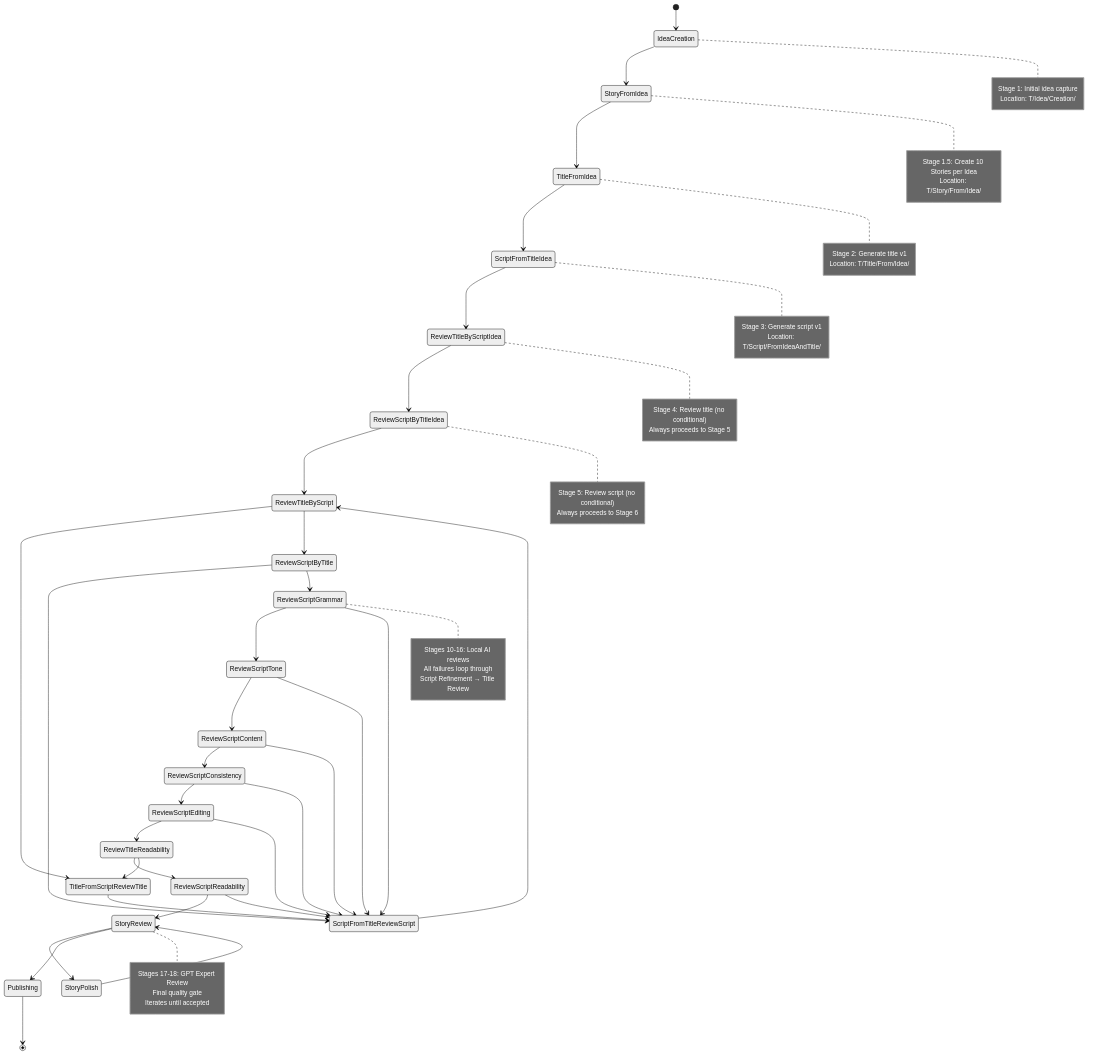
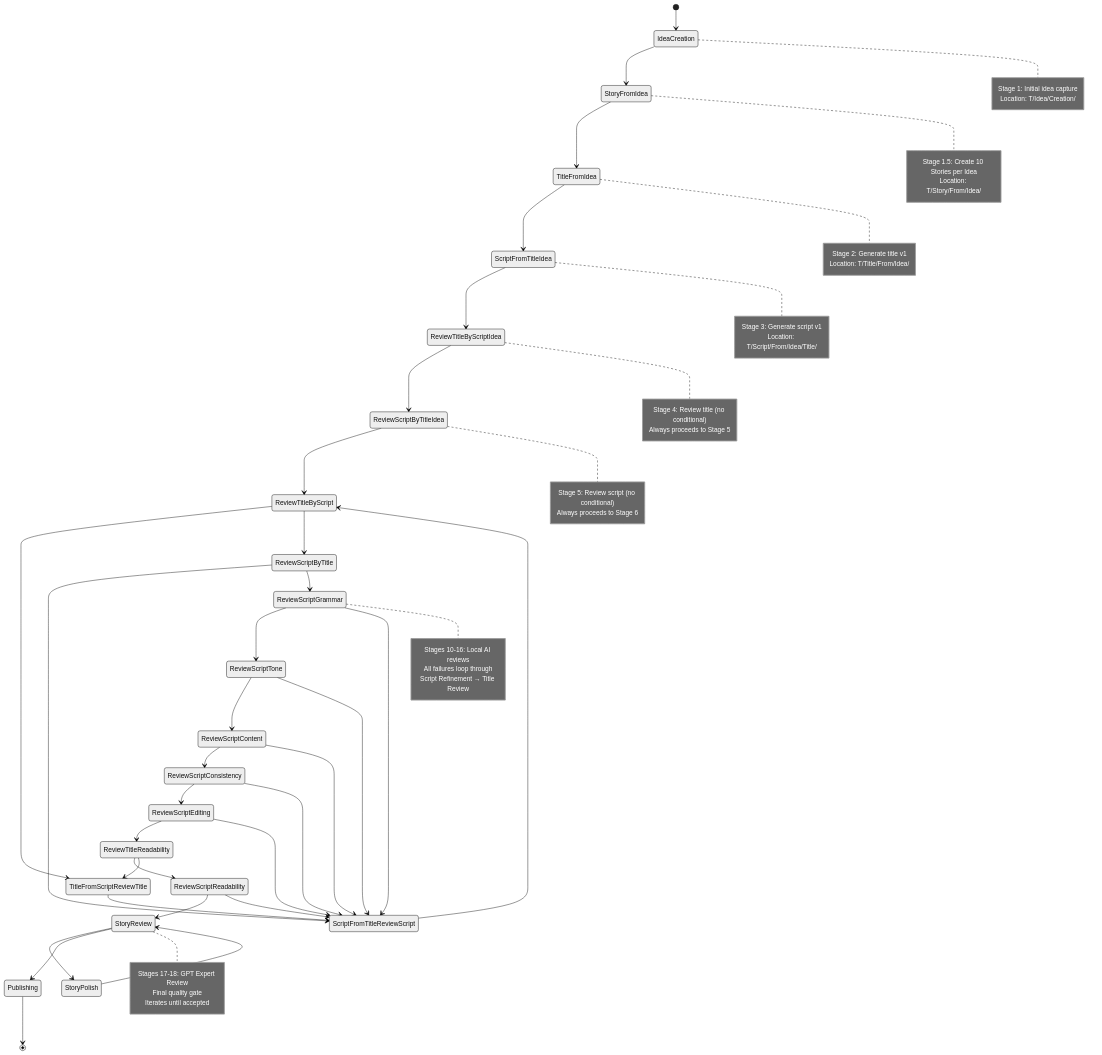
Before and after one commit to Nomoos/PrismQ: the diagram in T/WORKFLOW_STATE_MACHINE.md, drawn with Mermaid (neutral theme). The commit also changed other lines of this file and 14 other files, not shown here.

```diff
--- a/T/WORKFLOW_STATE_MACHINE.md
+++ b/T/WORKFLOW_STATE_MACHINE.md
@@ -72,7 +72,7 @@
     
     note right of ScriptFromTitleIdea
         Stage 3: Generate script v1
-        Location: T/Script/FromIdeaAndTitle/
+        Location: T/Script/From/Idea/Title/
     end note
     
     note right of ReviewTitleByScriptIdea
```
